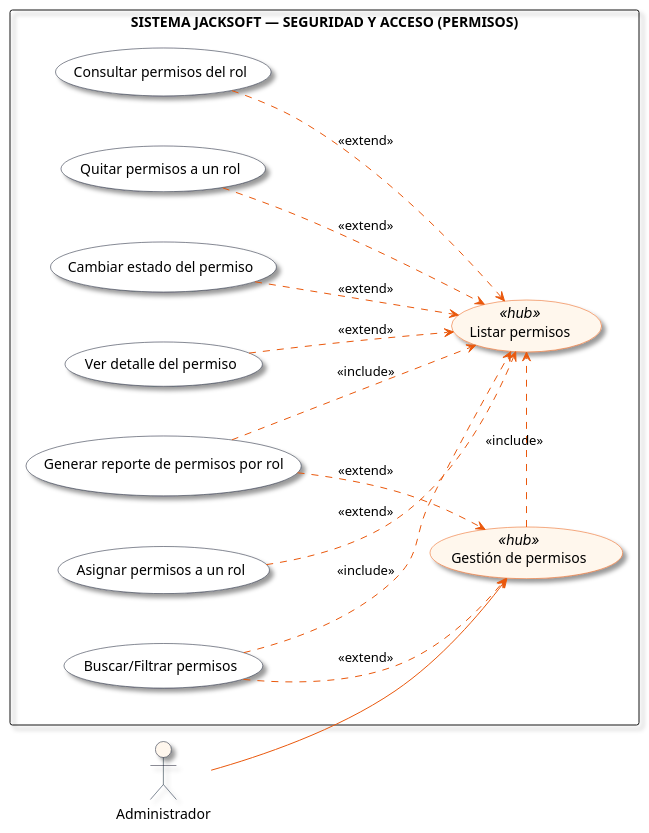
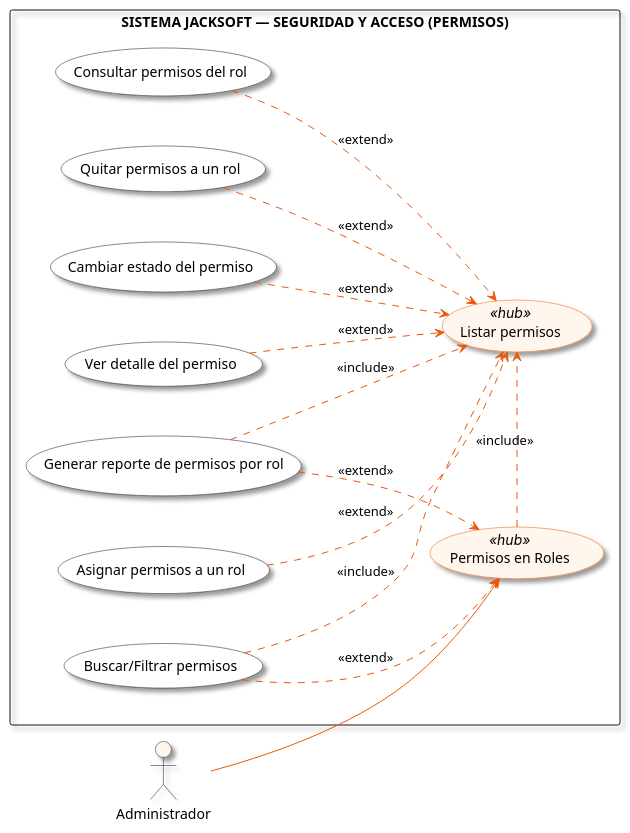
Before and after one commit to alejandrogomezmesa1/Documentacion_JackSoft: the diagram in Diagramas_PUML/PERMISOS.puml, drawn with PlantUML. The commit also changed 55 other files, not shown here.

First line of the commit message:
Conciliación con el frontend (v4.8): C4 v7, CU Word v7 a v9, Responder incidencia y Permisos en Roles

```diff
--- a/Diagramas_PUML/PERMISOS.puml
+++ b/Diagramas_PUML/PERMISOS.puml
@@ -1,50 +1,50 @@
 @startuml
 left to right direction
 skinparam packageStyle rectangle
 skinparam nodesep 50
 skinparam ranksep 70
 skinparam shadowing true
 skinparam defaultFontName "Inter, Arial, sans-serif"
 
 skinparam actor {
   BorderColor #0f172a
   BackgroundColor #fff7ed
 }
 
 skinparam usecase {
   BackgroundColor #ffffff
   BorderColor #0f172a
   ArrowColor #ea580c
 }
 
 skinparam usecase<<hub>> {
   BackgroundColor #fff7ed
   BorderColor #ea580c
 }
 
 actor "Administrador" as actor_user
 
 rectangle "SISTEMA JACKSOFT — SEGURIDAD Y ACCESO (PERMISOS)" {
-  usecase "Gestión de permisos" as UC_Hub <<hub>>
+  usecase "Permisos en Roles" as UC_Hub <<hub>>
   usecase "Listar permisos" as UC_Central <<hub>>
   usecase "Generar reporte de permisos por rol" as UC_Top1
   usecase "Buscar/Filtrar permisos" as UC_Bot1
   usecase "Ver detalle del permiso" as UC_R1
   usecase "Asignar permisos a un rol" as UC_R2
   usecase "Consultar permisos del rol" as UC_R3
   usecase "Quitar permisos a un rol" as UC_R4
   usecase "Cambiar estado del permiso" as UC_R5
 }
 
 actor_user --> UC_Hub
 UC_Hub .> UC_Central : <<include>>
 UC_Top1 ..> UC_Hub : <<extend>>
 UC_Top1 .> UC_Central : <<include>>
 UC_Bot1 ..> UC_Hub : <<extend>>
 UC_Bot1 .> UC_Central : <<include>>
 UC_R1 ..> UC_Central : <<extend>>
 UC_R2 ..> UC_Central : <<extend>>
 UC_R3 ..> UC_Central : <<extend>>
 UC_R4 ..> UC_Central : <<extend>>
 UC_R5 ..> UC_Central : <<extend>>
 @enduml
```
